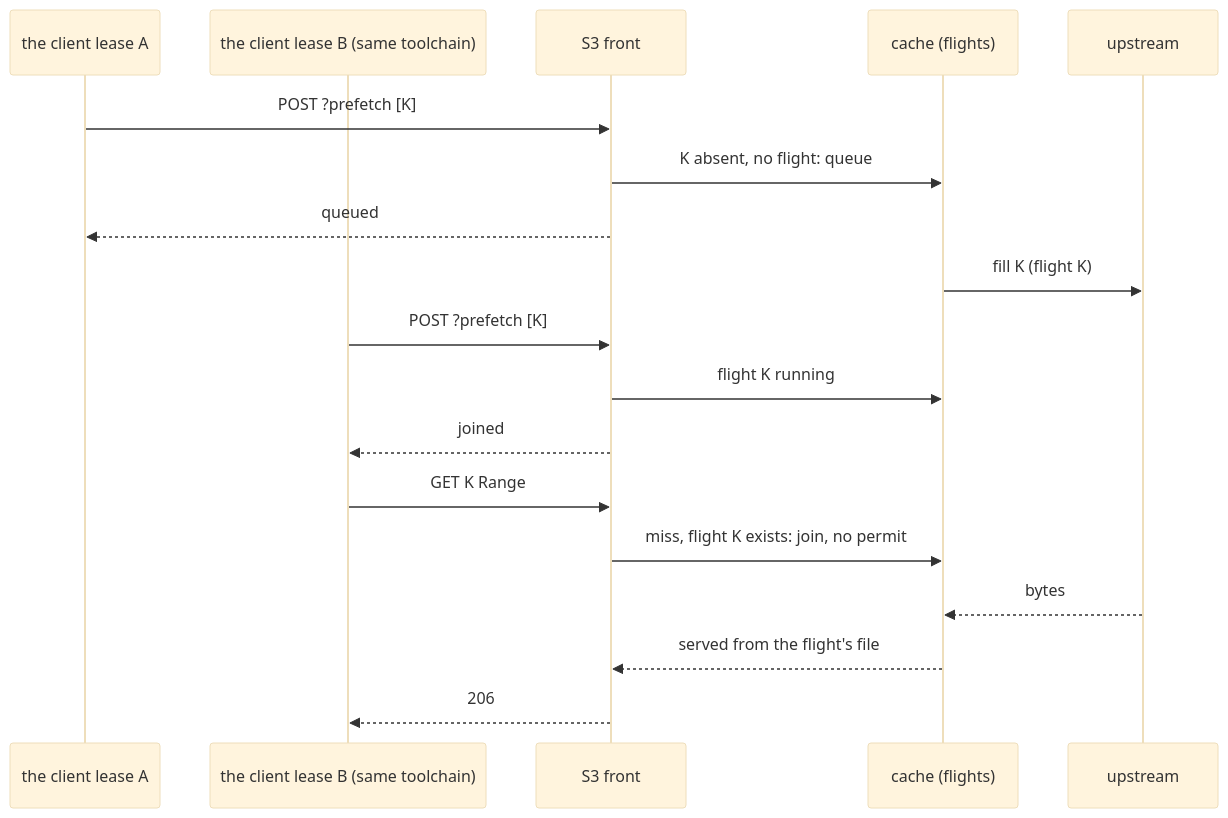
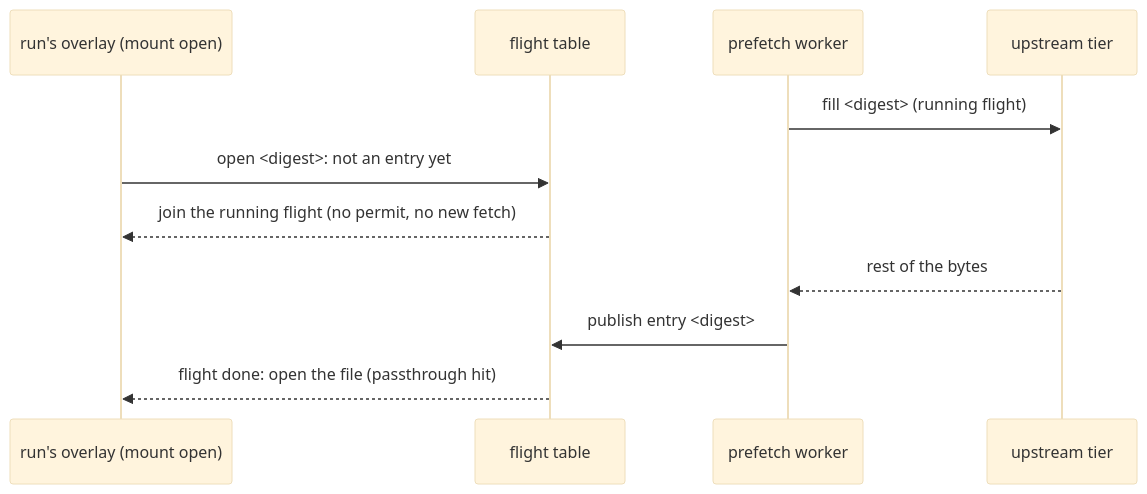
Before and after one commit to komira-ai/tierstore: the second of 4 diagrams in docs/design/prefetch-api.md, drawn with Mermaid (base theme). The commit also changed other lines of this file and 1 other file, not shown here.

First line of the commit message:
Prefetch design: one hydrate call, one cache entry and one flight table per digest, so a read mid-fill joins it (#292)

````diff
--- a/docs/design/prefetch-api.md
+++ b/docs/design/prefetch-api.md
@@ -115,20 +98,13 @@
 ```mermaid
 sequenceDiagram
-    participant A as the client lease A
-    participant B as the client lease B (same toolchain)
-    participant S as S3 front
-    participant C as cache (flights)
-    participant U as upstream
-    A->>S: POST ?prefetch [K]
-    S->>C: K absent, no flight: queue
-    S-->>A: queued
-    C->>U: fill K (flight K)
-    B->>S: POST ?prefetch [K]
-    S->>C: flight K running
-    S-->>B: joined
-    B->>S: GET K Range
-    S->>C: miss, flight K exists: join, no permit
-    U-->>C: bytes
-    C-->>S: served from the flight's file
-    S-->>B: 206
+    participant R as run's overlay (mount open)
+    participant T as flight table
+    participant P as prefetch worker
+    participant U as upstream tier
+    P->>U: fill <digest> (running flight)
+    R->>T: open <digest>: not an entry yet
+    T-->>R: join the running flight (no permit, no new fetch)
+    U-->>P: rest of the bytes
+    P->>T: publish entry <digest>
+    T-->>R: flight done: open the file (passthrough hit)
 ```
````
